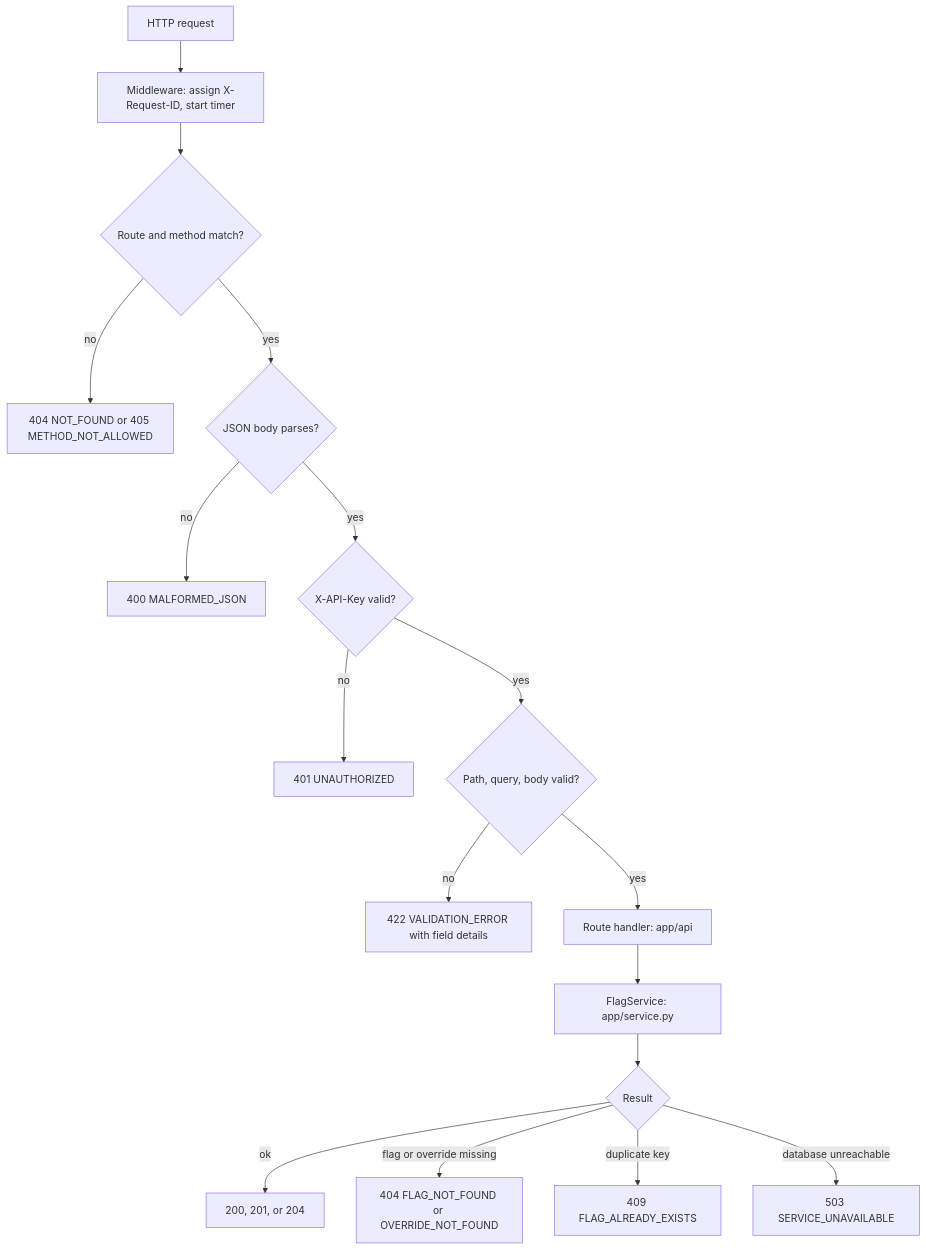
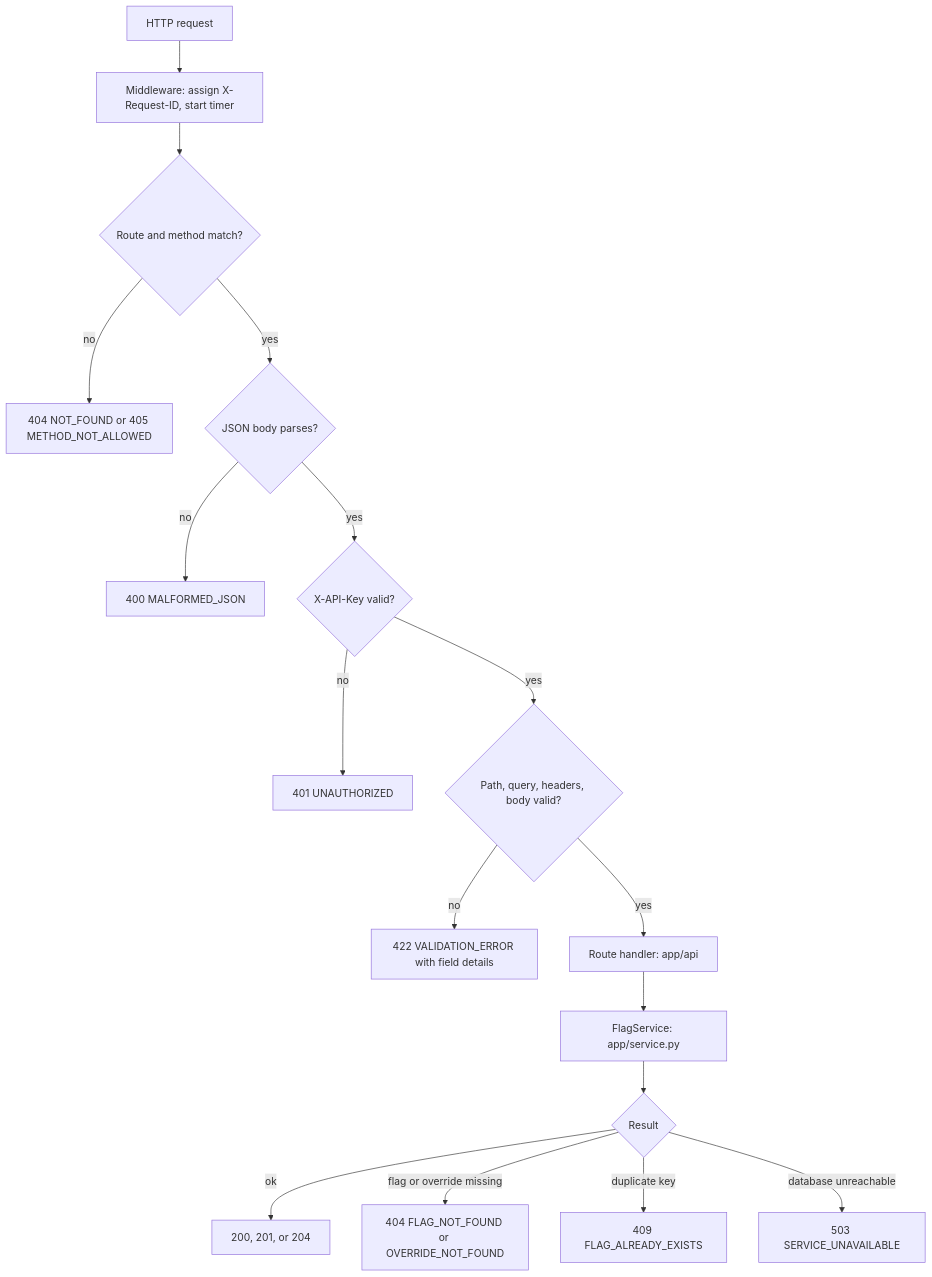
The second of 4 diagrams in docs/architecture.md (abdella2066/DO-interview), drawn with Mermaid before and after one commit. The commit also changed other lines of this file and 11 other files, not shown here.

````diff
--- a/docs/architecture.md
+++ b/docs/architecture.md
@@ -30,19 +30,19 @@
 ```mermaid
 flowchart TD
     Request["HTTP request"] --> Middleware["Middleware: assign X-Request-ID, start timer"]
     Middleware --> Route{"Route and method match?"}
     Route -->|no| RouteError["404 NOT_FOUND or 405 METHOD_NOT_ALLOWED"]
     Route -->|yes| Parse{"JSON body parses?"}
     Parse -->|no| Malformed["400 MALFORMED_JSON"]
     Parse -->|yes| Auth{"X-API-Key valid?"}
     Auth -->|no| Unauthorized["401 UNAUTHORIZED"]
-    Auth -->|yes| Validate{"Path, query, body valid?"}
+    Auth -->|yes| Validate{"Path, query, headers, body valid?"}
     Validate -->|no| Invalid["422 VALIDATION_ERROR with field details"]
     Validate -->|yes| Handler["Route handler: app/api"]
     Handler --> Service["FlagService: app/service.py"]
     Service --> Outcome{"Result"}
     Outcome -->|ok| Success["200, 201, or 204"]
     Outcome -->|"flag or override missing"| Missing["404 FLAG_NOT_FOUND or OVERRIDE_NOT_FOUND"]
     Outcome -->|"duplicate key"| Conflict["409 FLAG_ALREADY_EXISTS"]
     Outcome -->|"database unreachable"| Unavailable["503 SERVICE_UNAVAILABLE"]
 ```
````
